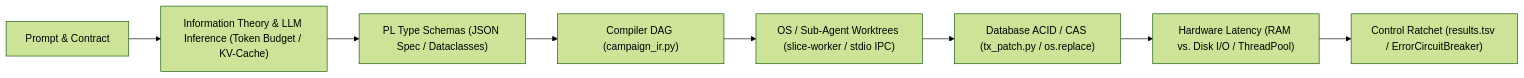
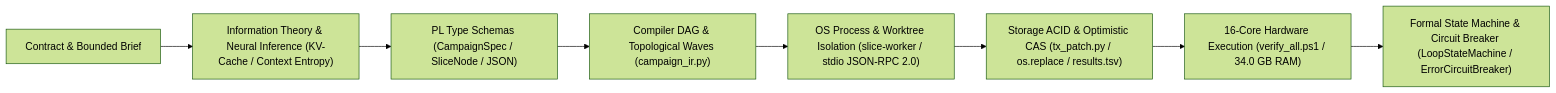
One commit to guarani-ux/Crucible-Domain changed the diagram in Personal Work/CS_Opportunity_Map.md. Above: the diagram before and after it, drawn with Mermaid (forest theme). The commit also changed other lines of this file, not shown here.

Commit message:
Upgrade CS_Opportunity_Map.md with CS Degree-to-Practice curriculum & 16-core hardware config

````diff
--- a/Personal Work/CS_Opportunity_Map.md
+++ b/Personal Work/CS_Opportunity_Map.md
@@ -17,10 +29,10 @@
 ```mermaid
 flowchart LR
-    PROMPT["Prompt & Contract"] --> INF["Information Theory & LLM Inference (Token Budget / KV-Cache)"]
-    INF --> TYPES["PL Type Schemas (JSON Spec / Dataclasses)"]
-    TYPES --> DAG["Compiler DAG (campaign_ir.py)"]
-    DAG --> OS["OS / Sub-Agent Worktrees (slice-worker / stdio IPC)"]
-    OS --> DB["Database ACID / CAS (tx_patch.py / os.replace)"]
-    DB --> HW["Hardware Latency (RAM vs. Disk I/O / ThreadPool)"]
-    HW --> CTRL["Control Ratchet (results.tsv / ErrorCircuitBreaker)"]
+    PROMPT["Contract & Bounded Brief"] --> INF["Information Theory & Neural Inference (KV-Cache / Context Entropy)"]
+    INF --> TYPES["PL Type Schemas (CampaignSpec / SliceNode / JSON)"]
+    TYPES --> DAG["Compiler DAG & Topological Waves (campaign_ir.py)"]
+    DAG --> OS["OS Process & Worktree Isolation (slice-worker / stdio JSON-RPC 2.0)"]
+    OS --> DB["Storage ACID & Optimistic CAS (tx_patch.py / os.replace / results.tsv)"]
+    DB --> HW["16-Core Hardware Execution (verify_all.ps1 / 34.0 GB RAM)"]
+    HW --> CTRL["Formal State Machine & Circuit Breaker (LoopStateMachine / ErrorCircuitBreaker)"]
 ```
````
